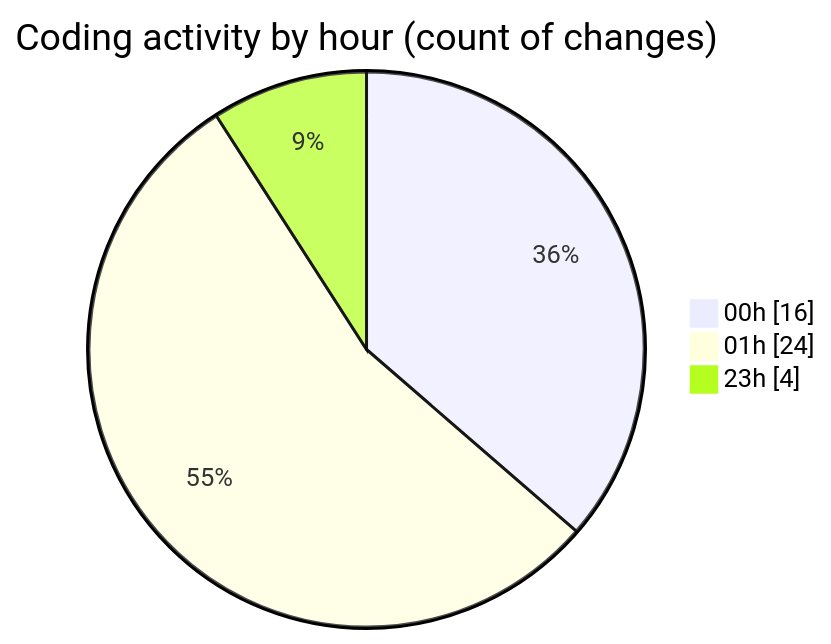
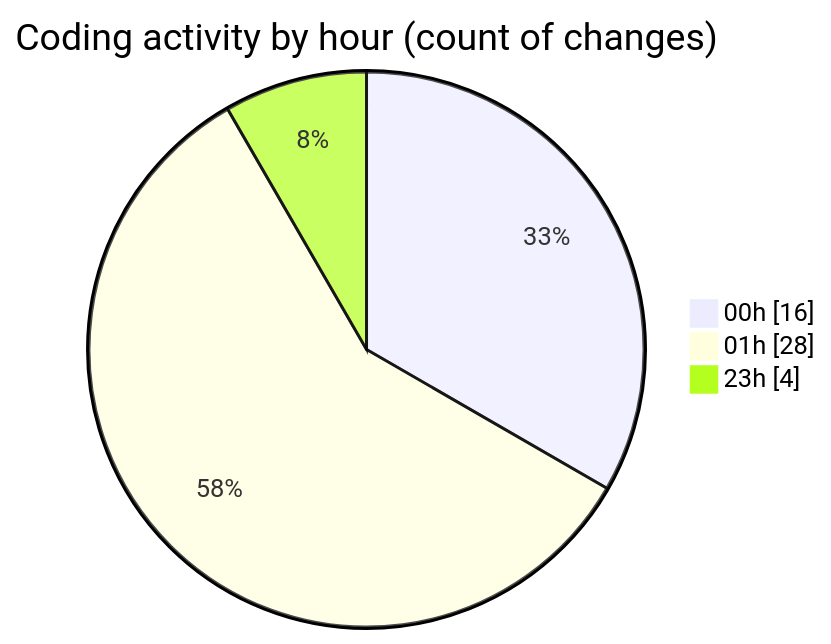
The second of 2 diagrams in 2025-11-23/eventscop-frontend-guide__workspace_/README.md (julien-gomy/code-tracking), drawn with Mermaid before and after one commit. The commit also changed other lines of this file and 1 other file, not shown here.

````diff
--- a/2025-11-23/eventscop-frontend-guide__workspace_/README.md
+++ b/2025-11-23/eventscop-frontend-guide__workspace_/README.md
@@ -45,7 +49,7 @@
 ```mermaid
 pie showData
 title Coding activity by hour (count of changes)
 "00h" : 16
-"01h" : 24
+"01h" : 28
 "23h" : 4
 ```
````
